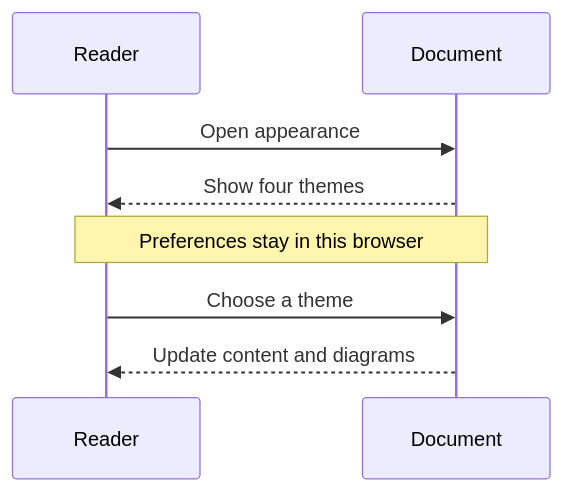
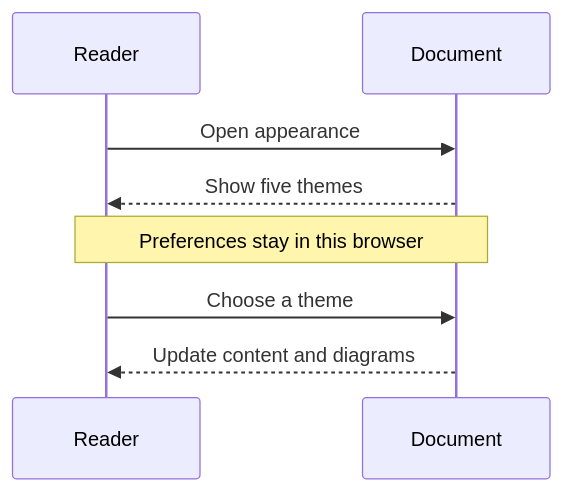
One commit to dasun-sathsara/pandokary changed the second of 2 diagrams in testdata/reader-audit.md. Above: the diagram before and after it, drawn with Mermaid. The commit also changed other lines of this file and 30 other files, not shown here.

````diff
--- a/testdata/reader-audit.md
+++ b/testdata/reader-audit.md
@@ -86,10 +86,10 @@
 ```mermaid
 sequenceDiagram
     participant Reader
     participant Document
     Reader->>Document: Open appearance
-    Document-->>Reader: Show four themes
+    Document-->>Reader: Show five themes
     Note over Reader,Document: Preferences stay in this browser
     Reader->>Document: Choose a theme
     Document-->>Reader: Update content and diagrams
 ```
````
